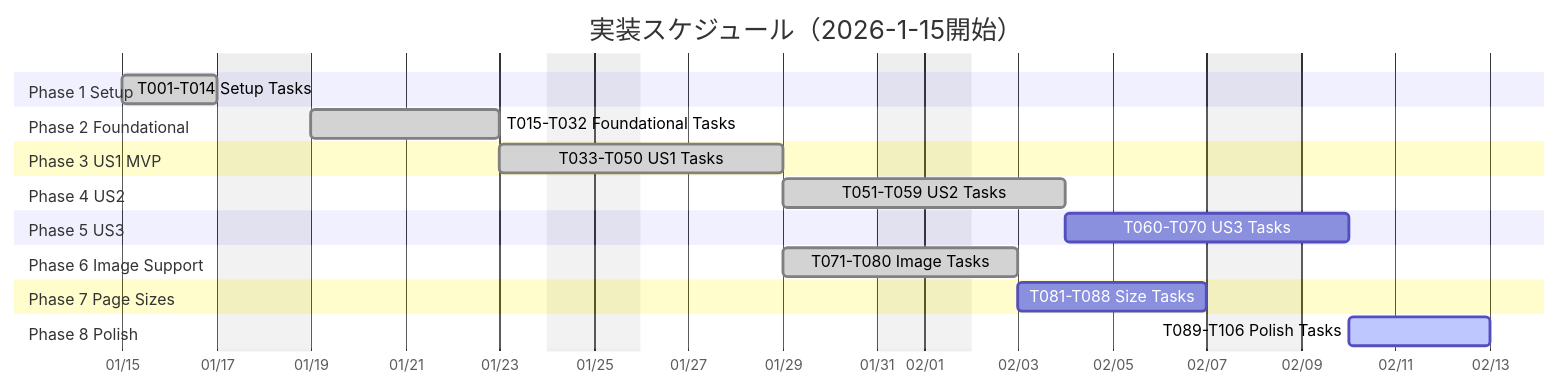
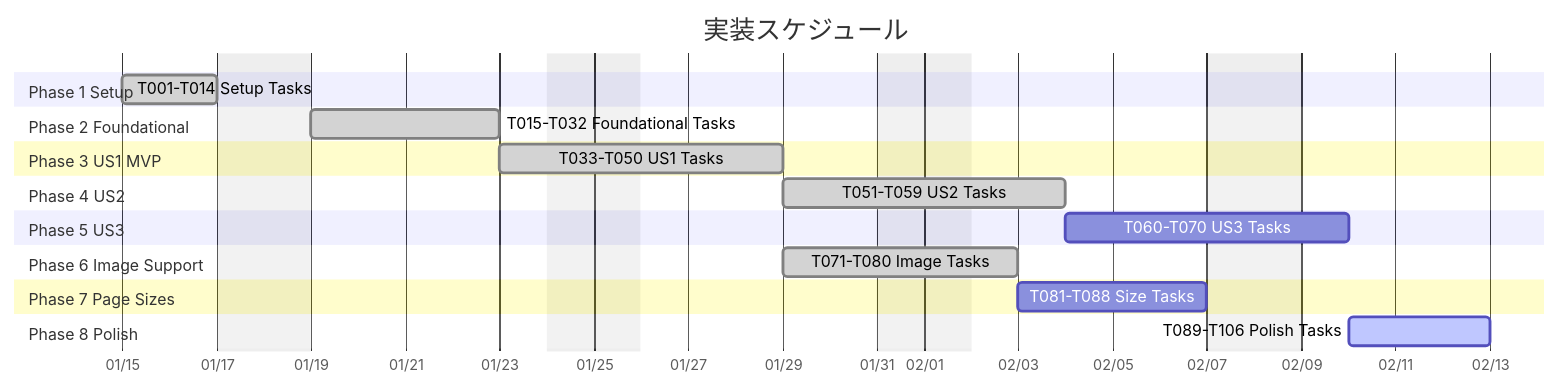
One commit to J1921604/OCR-PDF-Converter changed the second of 2 diagrams in specs/001-OCR-PDF-Converter/tasks.md. Above: the diagram before and after it, drawn with Mermaid. The commit also changed 8 other files, not shown here.

````diff
--- a/specs/001-OCR-PDF-Converter/tasks.md
+++ b/specs/001-OCR-PDF-Converter/tasks.md
@@ -352,31 +352,31 @@
 ```mermaid
 gantt
-    title 実装スケジュール（2026-1-15開始）
+    title 実装スケジュール
     dateFormat YYYY-MM-DD
     axisFormat %m/%d
-    excludes weekends
+    excludes weekends 2025-12-27 2025-12-28 2025-12-29 2025-12-30 2025-12-31 2026-01-01 2026-01-02 2026-01-03 2026-01-04
     
     section Phase 1 Setup
     T001-T014 Setup Tasks           :done, p1, 2026-01-15, 2d
     
     section Phase 2 Foundational
     T015-T032 Foundational Tasks    :done, p2, after p1, 4d
     
     section Phase 3 US1 MVP
     T033-T050 US1 Tasks             :done, p3, after p2, 4d
     
     section Phase 4 US2
     T051-T059 US2 Tasks             :done, p4, after p3, 4d
     
     section Phase 5 US3
     T060-T070 US3 Tasks             :p5, after p4, 4d
     
     section Phase 6 Image Support
     T071-T080 Image Tasks           :done, p6, after p3, 3d
     
     section Phase 7 Page Sizes
     T081-T088 Size Tasks            :p7, after p6, 4d
     
     section Phase 8 Polish
     T089-T106 Polish Tasks          :active, p8, after p5, 3d
 ```
````
